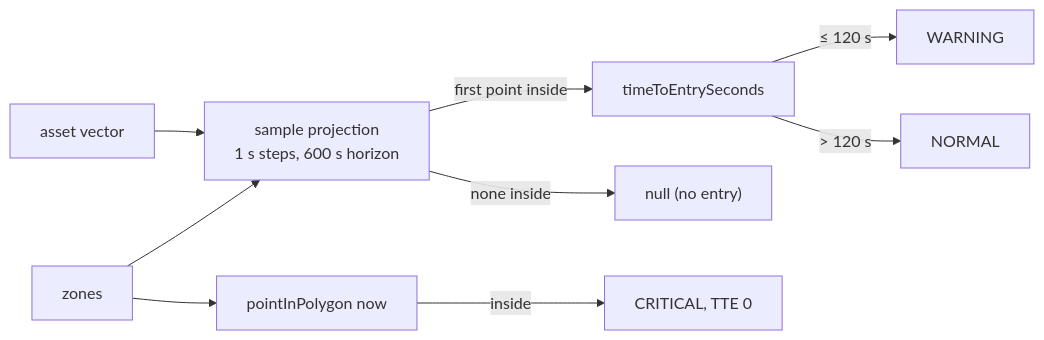
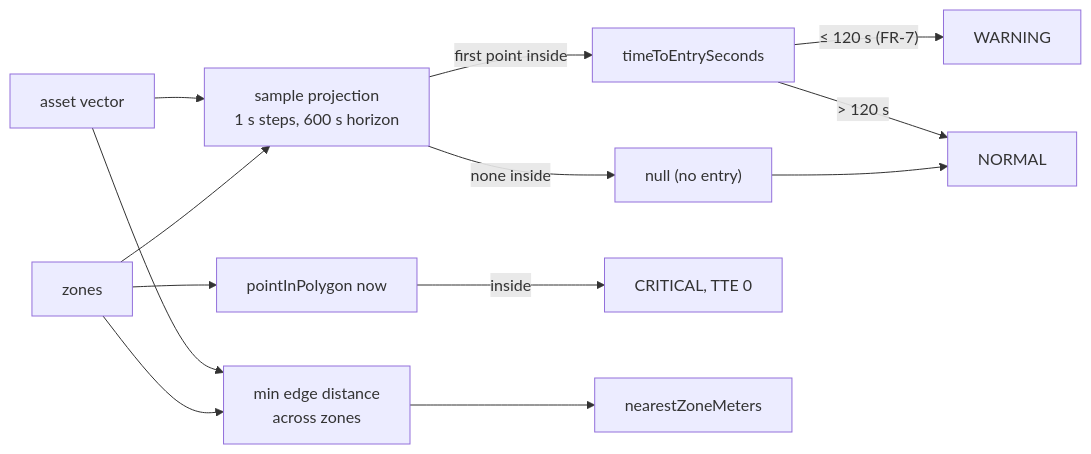
One commit to ayfor/sentinel changed the diagram in docs/stories/S5-derived-truth.md. Above: the diagram before and after it, drawn with Mermaid. The commit also changed 4 other files, not shown here.

````diff
--- a/docs/stories/S5-derived-truth.md
+++ b/docs/stories/S5-derived-truth.md
@@ -38,11 +38,15 @@
 ```mermaid
 flowchart LR
     A["asset vector"] --> P["sample projection<br/>1 s steps, 600 s horizon"]
     Z["zones"] --> P
     P -->|"first point inside"| T["timeToEntrySeconds"]
     P -->|"none inside"| N["null (no entry)"]
     Z --> B["pointInPolygon now"]
     B -->|"inside"| C["CRITICAL, TTE 0"]
-    T -->|"&le; 120 s"| W["WARNING"]
+    T -->|"&le; 120 s (FR-7)"| W["WARNING"]
     T -->|"&gt; 120 s"| OK["NORMAL"]
+    N --> OK
+    A --> D["min edge distance<br/>across zones"]
+    Z --> D
+    D --> M["nearestZoneMeters"]
 ```
````
